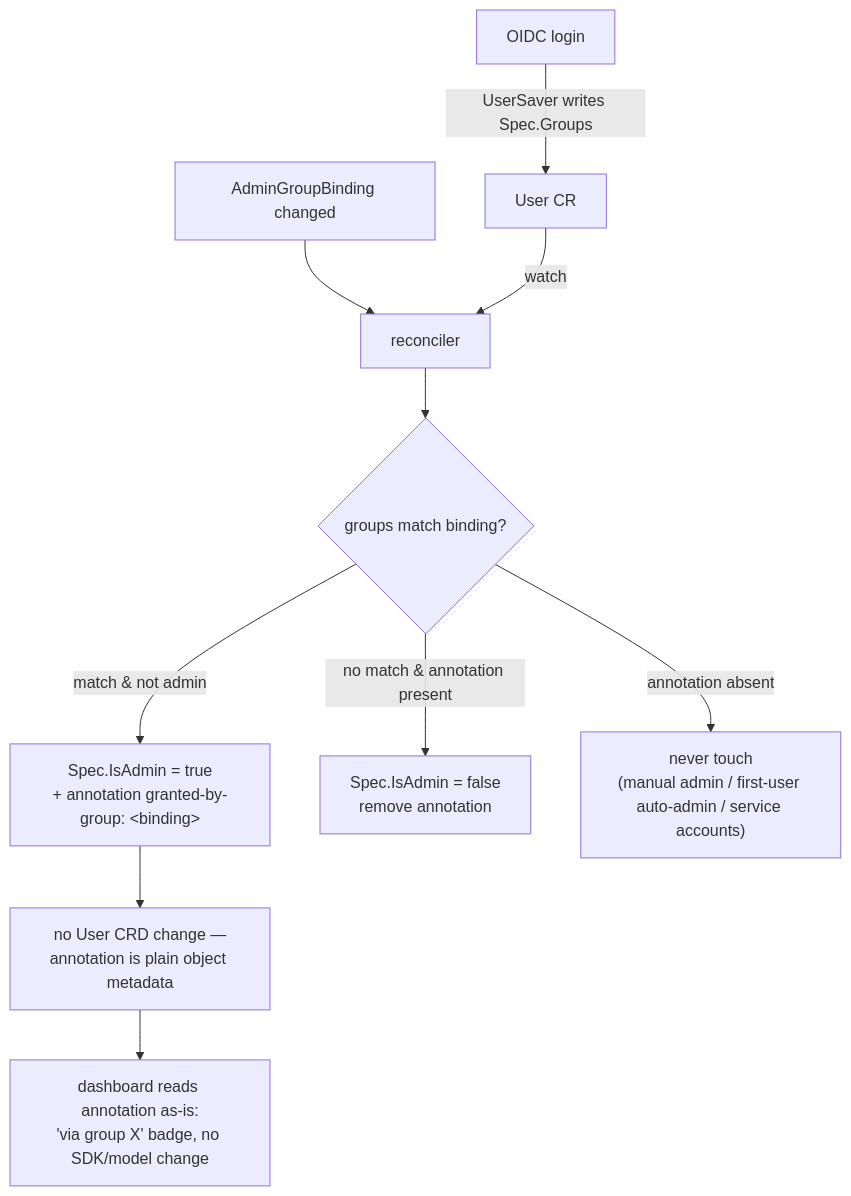
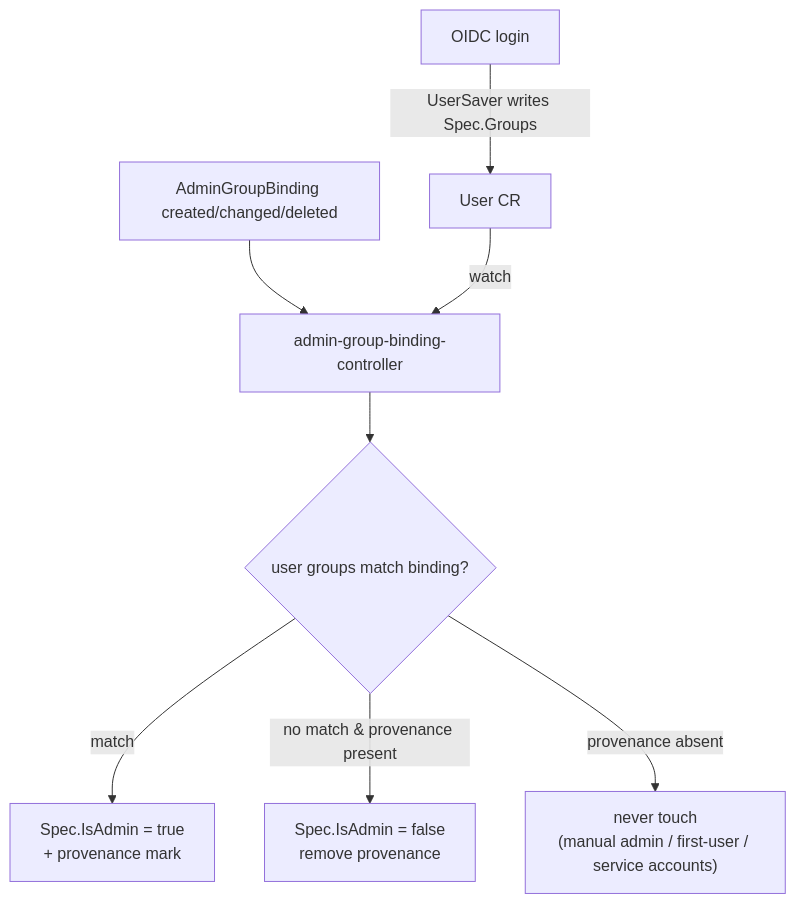
Before and after one commit to KhizerRehan/kubermatic-backend: the fourth of 5 diagrams in ai/plans/admin-group-binding.plan.md, drawn with Mermaid. The commit also changed other lines of this file, not shown here.

````diff
--- a/ai/plans/admin-group-binding.plan.md
+++ b/ai/plans/admin-group-binding.plan.md
@@ -122,12 +137,10 @@
 ```mermaid
 flowchart TD
     L[OIDC login] -->|UserSaver writes Spec.Groups| U[User CR]
-    B[AdminGroupBinding changed] --> R[reconciler]
+    B[AdminGroupBinding created/changed/deleted] --> R[admin-group-binding-controller]
     U -->|watch| R
-    R --> DEC{groups match binding?}
-    DEC -->|match & not admin| P["Spec.IsAdmin = true<br/>+ annotation granted-by-group: &lt;binding&gt;"]
-    DEC -->|no match & annotation present| D["Spec.IsAdmin = false<br/>remove annotation"]
-    DEC -->|annotation absent| N["never touch<br/>(manual admin / first-user auto-admin / service accounts)"]
-    P --> META["no User CRD change —<br/>annotation is plain object metadata"]
-    META --> DASH["dashboard reads annotation as-is:<br/>'via group X' badge, no SDK/model change"]
+    R --> DEC{user groups match binding?}
+    DEC -->|match| P["Spec.IsAdmin = true<br/>+ provenance mark"]
+    DEC -->|no match & provenance present| D["Spec.IsAdmin = false<br/>remove provenance"]
+    DEC -->|provenance absent| N["never touch<br/>(manual admin / first-user / service accounts)"]
 ```
````
